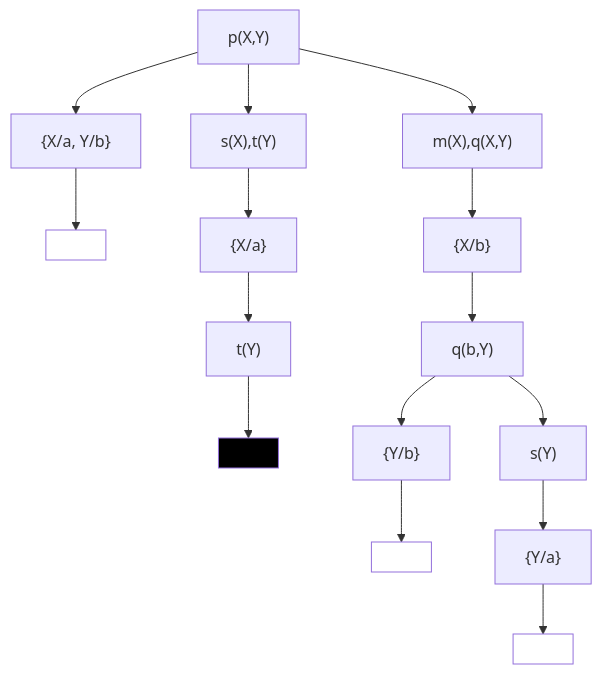
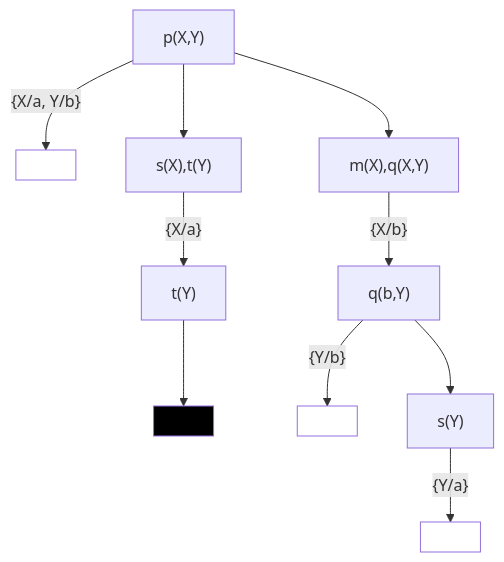
The fifth of 6 diagrams in Chapter07/README.md (bosoninfo/Resource_AI-Prolog-Essential), drawn with Mermaid before and after one commit. The commit also changed other lines of this file, not shown here.

````diff
--- a/Chapter07/README.md
+++ b/Chapter07/README.md
@@ -411,19 +409,16 @@
 ```mermaid
 flowchart TD
-    A["p(X,Y)"] --> B["{X/a, Y/b}"] --> C[ ]
-    A --> D["s(X),t(Y)"]
-    D --> E["{X/a}"]
-    E --> F["t(Y)"] --> G[ ]
-    A --> H["m(X),q(X,Y)"]
-    H --> I["{X/b}"]
-    I --> J["q(b,Y)"]
-    J --> K["{Y/b}"] --> L[ ]
-    J --> M["s(Y)"]
-    M --> N["{Y/a}"] --> O[ ]
-    C:::classwhite
-    G:::classblack
-    L:::classwhite
-    O:::classwhite
+    A["p(X,Y)"] -- "{X/a, Y/b}" --> B[ ]
+    A --> C["s(X),t(Y)"]
+    C -- "{X/a}" --> D["t(Y)"] --> E[ ]
+    A --> F["m(X),q(X,Y)"]
+    F -- "{X/b}" --> G["q(b,Y)"]
+    G -- "{Y/b}" --> H[ ]
+    G --> I["s(Y)"] -- "{Y/a}" --> J[ ]
+    B:::classwhite
+    E:::classblack
+    H:::classwhite
+    J:::classwhite
     classDef classwhite fill:#fff
     classDef classblack fill:#000
 ```
````
